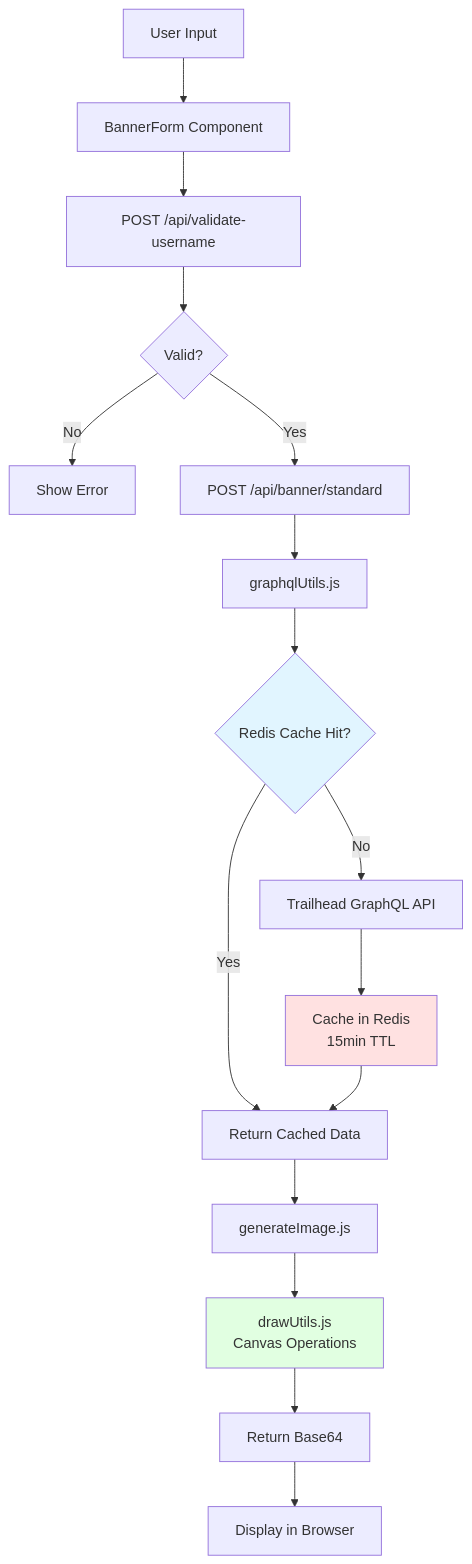
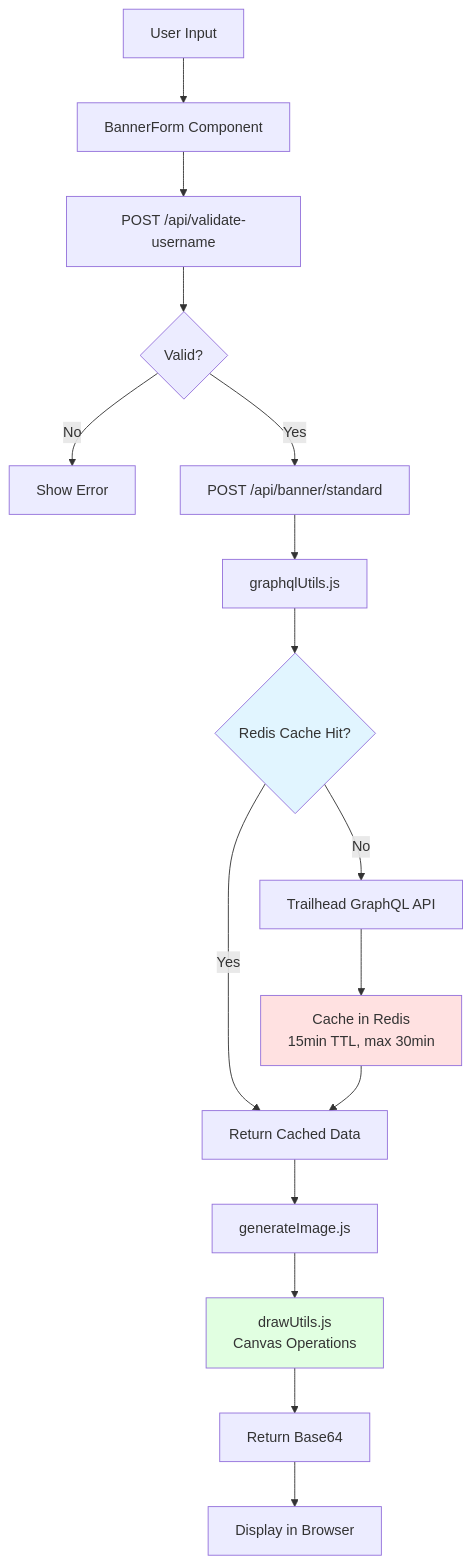
One commit to nabondance/Trailhead-Banner changed the diagram in AGENTS.md. Above: the diagram before and after it, drawn with Mermaid. The commit also changed other lines of this file and 4 other files, not shown here.

First line of the commit message:
fix(core): cap cache lifetime at 30min and version the cache keys

````diff
--- a/AGENTS.md
+++ b/AGENTS.md
@@ -43,22 +43,22 @@
 ```mermaid
 graph TB
     A[User Input] --> B[BannerForm Component]
     B --> C[POST /api/validate-username]
     C --> D{Valid?}
     D -->|No| E[Show Error]
     D -->|Yes| F[POST /api/banner/standard]
     F --> G[graphqlUtils.js]
     G --> H{Redis Cache Hit?}
     H -->|Yes| I[Return Cached Data]
     H -->|No| J[Trailhead GraphQL API]
-    J --> K[Cache in Redis<br/>15min TTL]
+    J --> K[Cache in Redis<br/>15min TTL, max 30min]
     K --> I
     I --> L[generateImage.js]
     L --> M[drawUtils.js<br/>Canvas Operations]
     M --> N[Return Base64]
     N --> O[Display in Browser]
 
     style H fill:#e1f5ff
     style K fill:#ffe1e1
     style M fill:#e1ffe1
 ```
````
